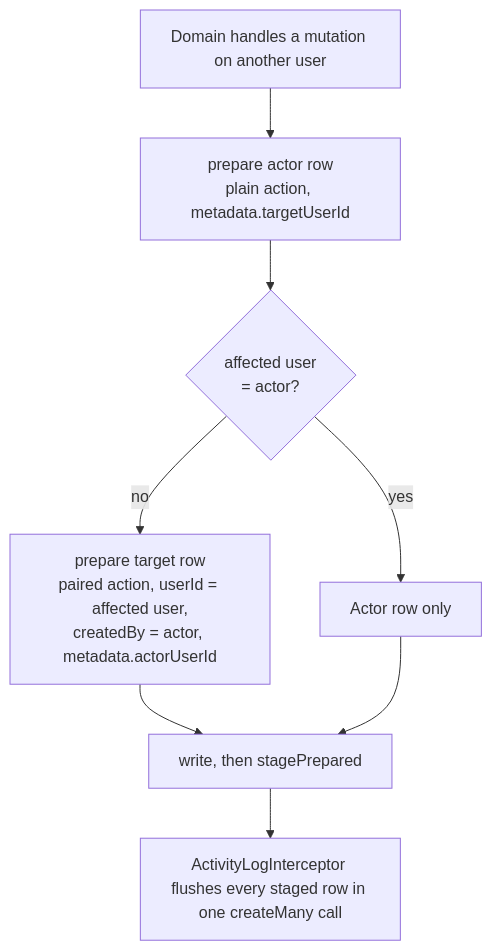
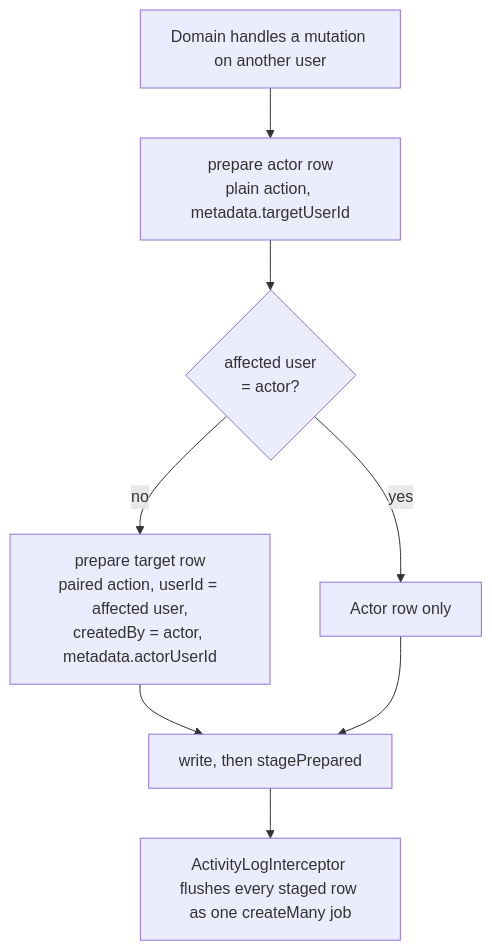
One commit to andrechristikan/ack-nestjs-boilerplate changed the second of 2 diagrams in docs/activity-log.md. Above: the diagram before and after it, drawn with Mermaid. The commit also changed other lines of this file and 340 other files, not shown here.

````diff
--- a/docs/activity-log.md
+++ b/docs/activity-log.md
@@ -251,10 +255,10 @@
 ```mermaid
 flowchart TD
     A[Domain handles a mutation on another user] --> B["prepare actor row<br/>plain action, metadata.targetUserId"]
     B --> C{"affected user<br/>= actor?"}
     C -->|yes| E[Actor row only]
     C -->|no| D["prepare target row<br/>paired action, userId = affected user,<br/>createdBy = actor, metadata.actorUserId"]
     D --> G[write, then stagePrepared]
     E --> G
-    G --> F[ActivityLogInterceptor flushes every staged row in one createMany call]
+    G --> F[ActivityLogInterceptor flushes every staged row as one createMany job]
 ```
````
